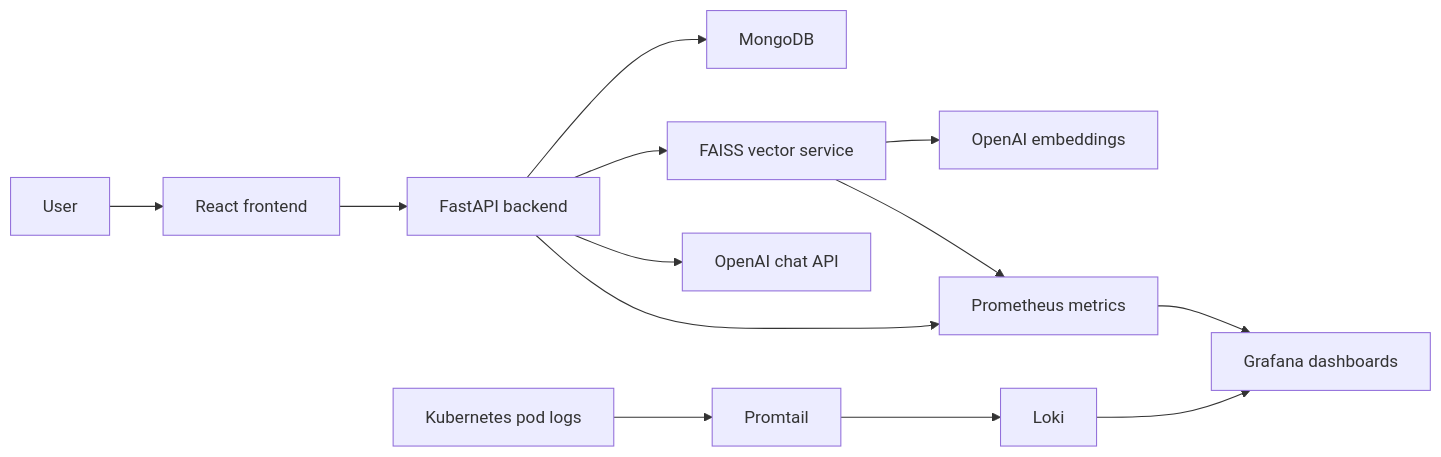
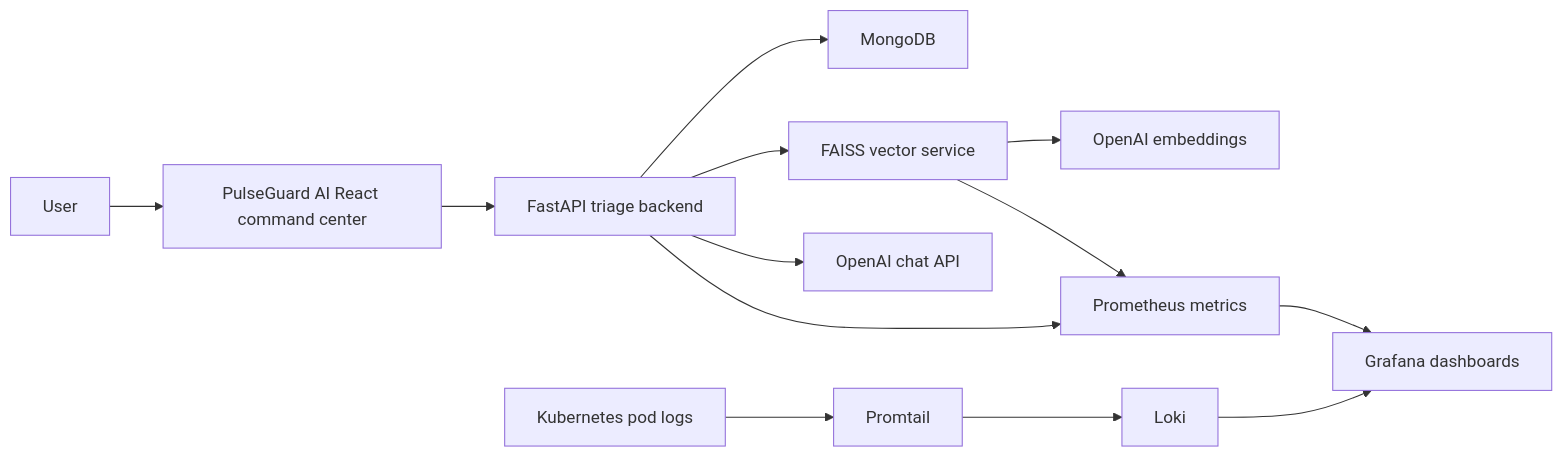
The diagram in README.md (Mohit1848/Healthcare_Ai), drawn with Mermaid before and after one commit. The commit also changed other lines of this file and 7 other files, not shown here.

Commit message:
Transform UI into PulseGuard AI command center

````diff
--- a/README.md
+++ b/README.md
@@ -7,13 +9,13 @@
 ```mermaid
 flowchart LR
-  U["User"] --> FE["React frontend"]
-  FE --> BE["FastAPI backend"]
+  U["User"] --> FE["PulseGuard AI React command center"]
+  FE --> BE["FastAPI triage backend"]
   BE --> M["MongoDB"]
   BE --> VS["FAISS vector service"]
   VS --> OAI["OpenAI embeddings"]
   BE --> OAI2["OpenAI chat API"]
   BE --> P["Prometheus metrics"]
   VS --> P
   P --> G["Grafana dashboards"]
   Pods["Kubernetes pod logs"] --> PT["Promtail"] --> L["Loki"] --> G
 ```
````
